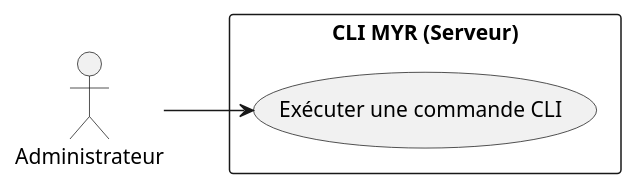
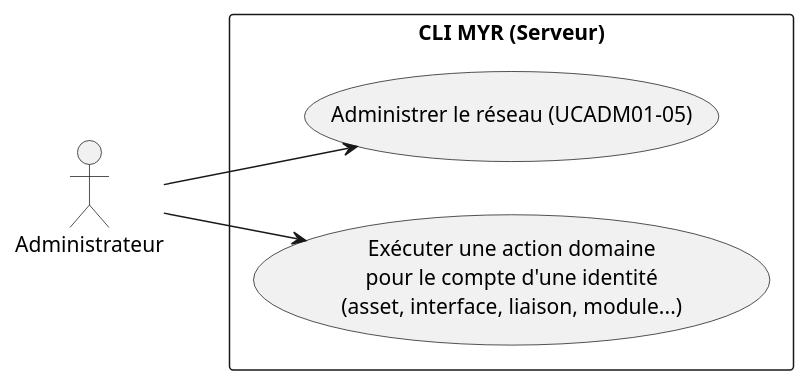
The first of 2 diagrams in specs/1-Expression/UCDEV-Developpement/UCDEV02.md (olivaux/myr), drawn with PlantUML before and after one commit. The commit also changed other lines of this file and 65 other files, not shown here.

````diff
--- a/specs/1-Expression/UCDEV-Developpement/UCDEV02.md
+++ b/specs/1-Expression/UCDEV-Developpement/UCDEV02.md
@@ -13,14 +13,16 @@
 ```plantuml
 @startuml
 left to right direction
 
 actor "Administrateur" as ADM
 
 rectangle "CLI MYR (Serveur)" {
-    usecase "Exécuter une commande CLI" as UC1
+    usecase "Administrer le réseau (UCADM01-05)" as UC1
+    usecase "Exécuter une action domaine\npour le compte d'une identité\n(asset, interface, liaison, module...)" as UC2
 }
 
 ADM --> UC1
+ADM --> UC2
 
 @enduml
 ```
````
